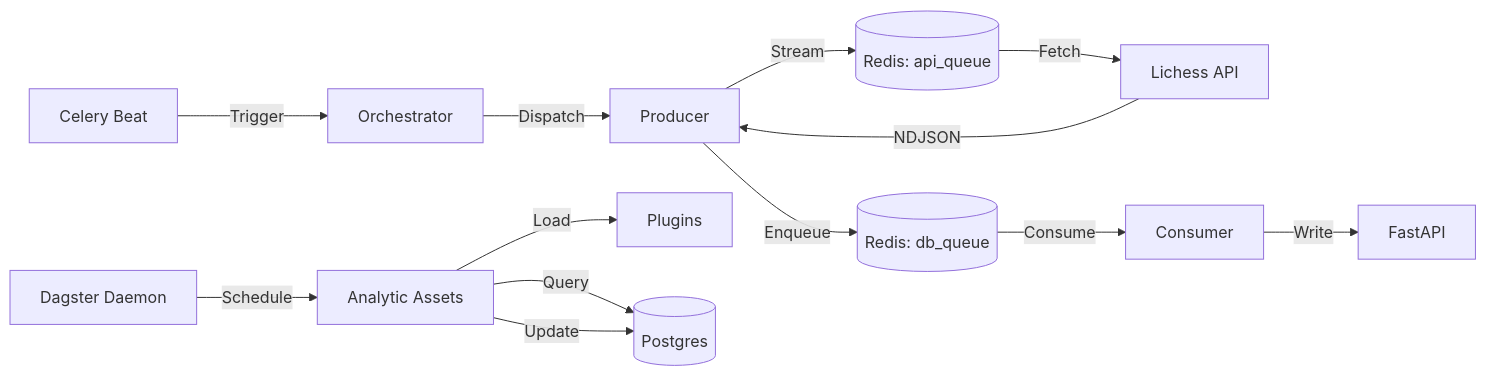
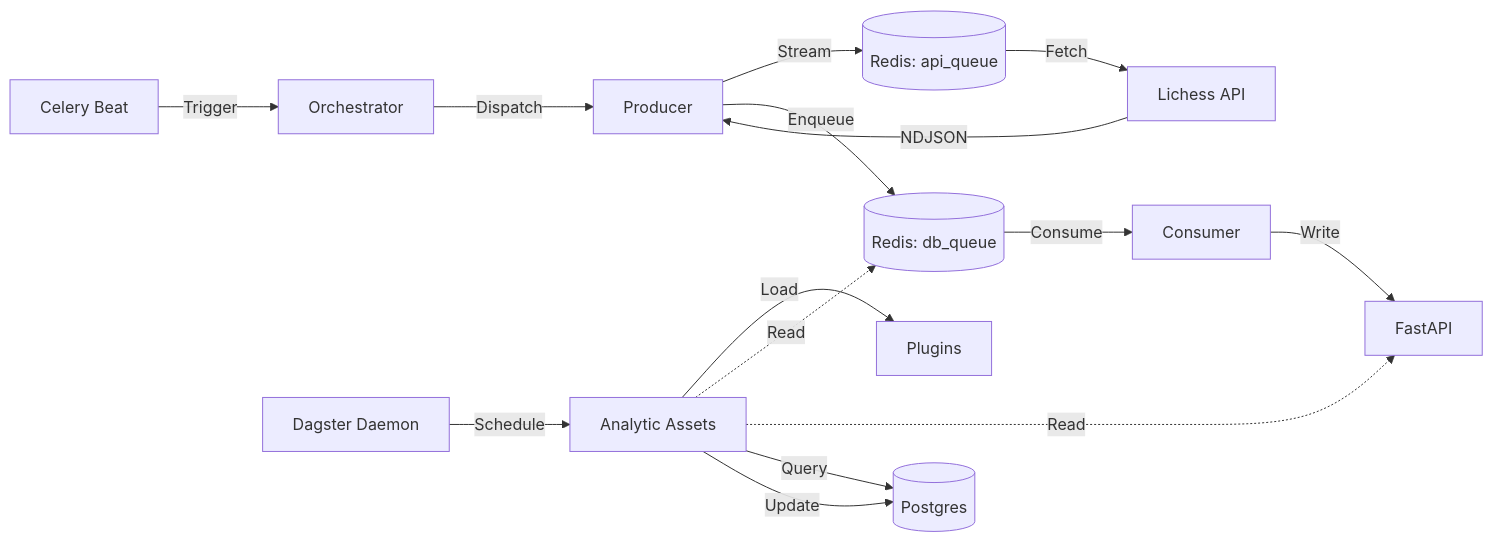
One commit to roaur/personal-backend changed the diagram in README.md. Above: the diagram before and after it, drawn with Mermaid.

Commit message:
docs: update merkle diagram to reflect dagster data sources

````diff
--- a/README.md
+++ b/README.md
@@ -35,16 +35,18 @@
 ```mermaid
 graph LR
     Beat[Celery Beat] -->|Trigger| Orch[Orchestrator]
     Orch -->|Dispatch| Prod[Producer]
     Prod -->|Stream| Q1[(Redis: api_queue)]
     Q1 -->|Fetch| Lichess[Lichess API]
     Lichess -->|NDJSON| Prod
     Prod -->|Enqueue| Q2[(Redis: db_queue)]
     Q2 -->|Consume| Cons[Consumer]
     Cons -->|Write| API[FastAPI]
     
     Dagster[Dagster Daemon] -->|Schedule| Assets[Analytic Assets]
     Assets -->|Load| Plugins[Plugins]
+    Assets -.->|Read| Q2
+    Assets -.->|Read| API[FastAPI]
     Assets -->|Query| DB[(Postgres)]
     Assets -->|Update| DB
 ```
````
